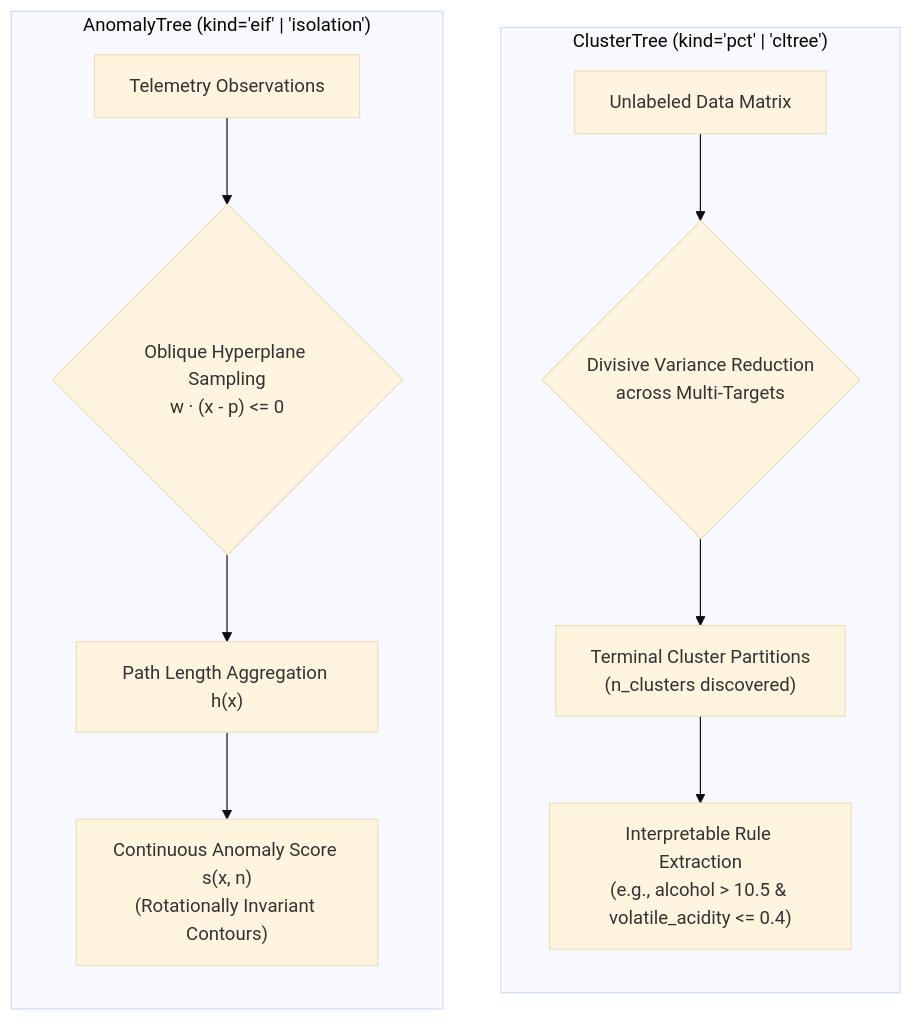
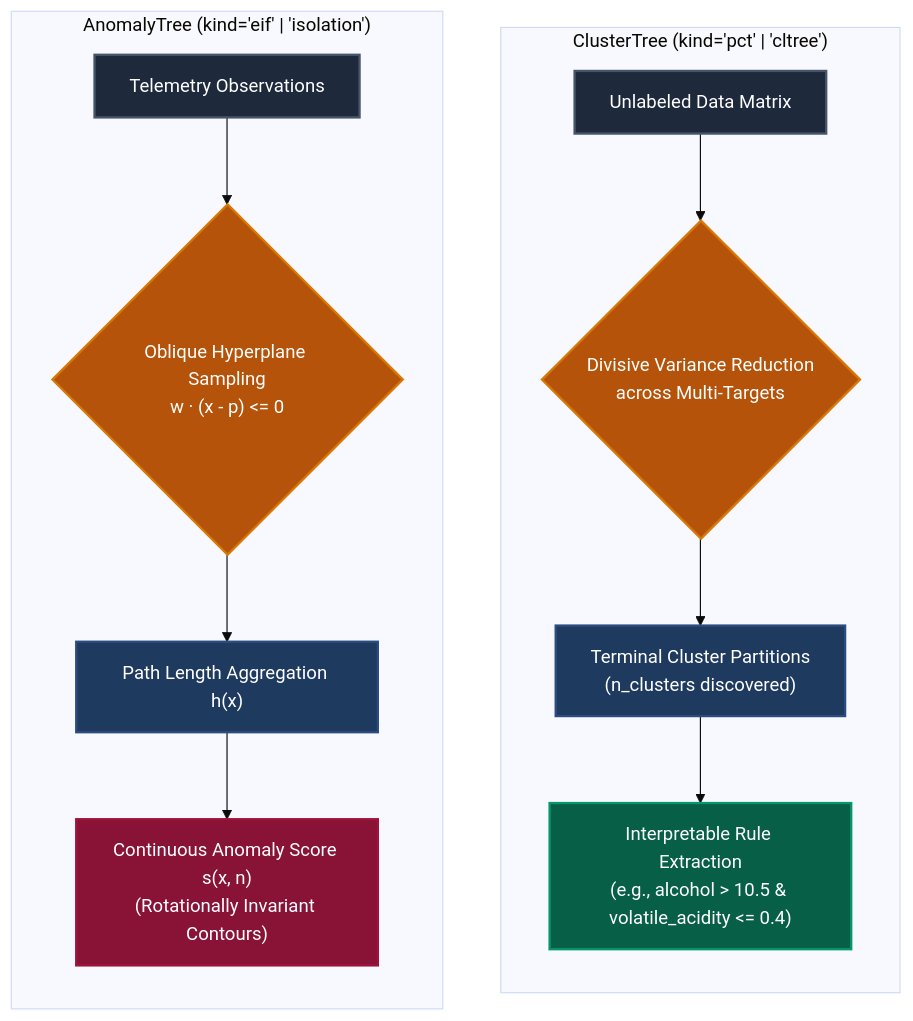
One commit to jkapila/mltreelib changed the diagram in docs/examples/unsupervised-trees.md. Above: the diagram before and after it, drawn with Mermaid (base theme). The commit also changed 18 other files, not shown here.

Commit message:
docs: add native ModelTree graph, 5-leaf survival profiles, and color palette across all Mermaid diagrams

````diff
--- a/docs/examples/unsupervised-trees.md
+++ b/docs/examples/unsupervised-trees.md
@@ -20,16 +20,28 @@
 ```mermaid
 flowchart TD
     subgraph Clustering["ClusterTree (kind='pct' | 'cltree')"]
         direction TB
         C1["Unlabeled Data Matrix"] --> C2{"Divisive Variance Reduction\nacross Multi-Targets"}
         C2 --> C3["Terminal Cluster Partitions\n(n_clusters discovered)"]
         C3 --> C4["Interpretable Rule Extraction\n(e.g., alcohol > 10.5 & volatile_acidity <= 0.4)"]
     end
 
     subgraph Anomaly["AnomalyTree (kind='eif' | 'isolation')"]
         direction TB
         A1["Telemetry Observations"] --> A2{"Oblique Hyperplane Sampling\nw · (x - p) <= 0"}
         A2 --> A3["Path Length Aggregation h(x)"]
         A3 --> A4["Continuous Anomaly Score s(x, n)\n(Rotationally Invariant Contours)"]
     end
+
+    classDef dataBox fill:#1e293b,stroke:#475569,stroke-width:2px,color:#ffffff;
+    classDef splitBox fill:#b45309,stroke:#d97706,stroke-width:2px,color:#ffffff;
+    classDef nodeBox fill:#1e3a5f,stroke:#2b4c7e,stroke-width:2px,color:#ffffff;
+    classDef ruleBox fill:#065f46,stroke:#059669,stroke-width:2px,color:#ffffff;
+    classDef anomBox fill:#881337,stroke:#9f1239,stroke-width:2px,color:#ffffff;
+
+    class C1,A1 dataBox;
+    class C2,A2 splitBox;
+    class C3,A3 nodeBox;
+    class C4 ruleBox;
+    class A4 anomBox;
 ```
````
